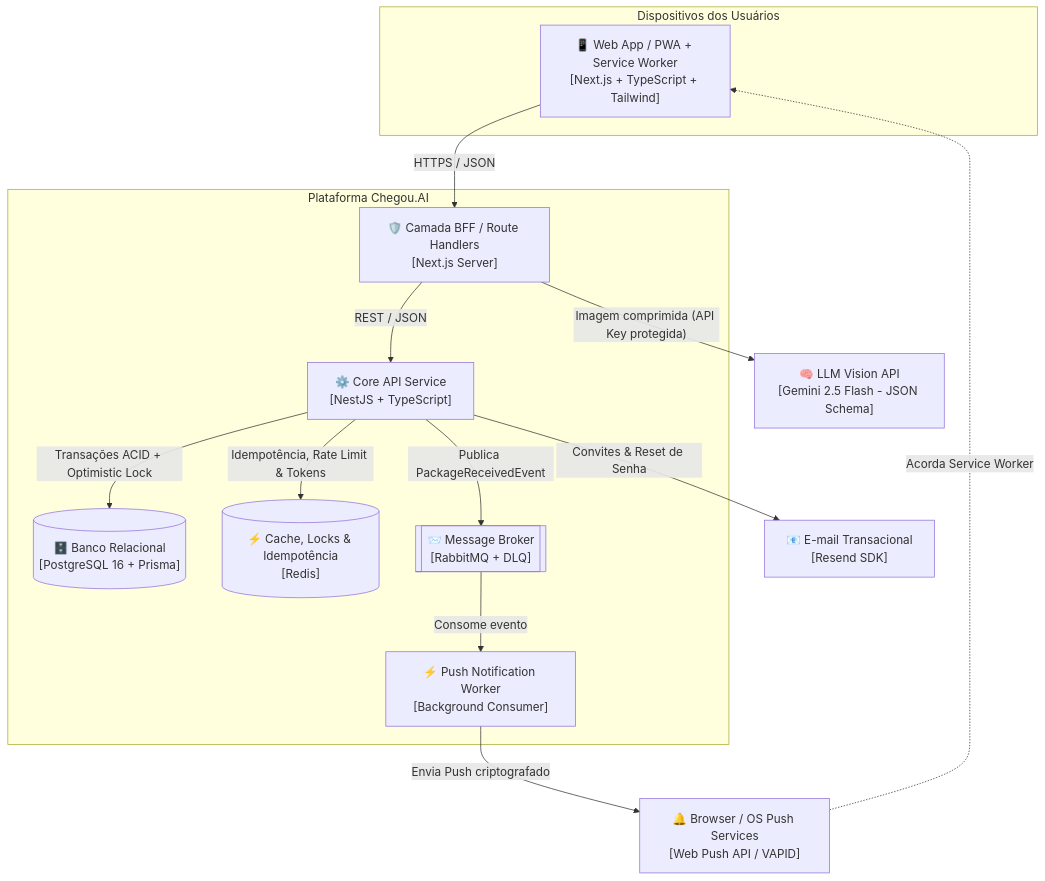
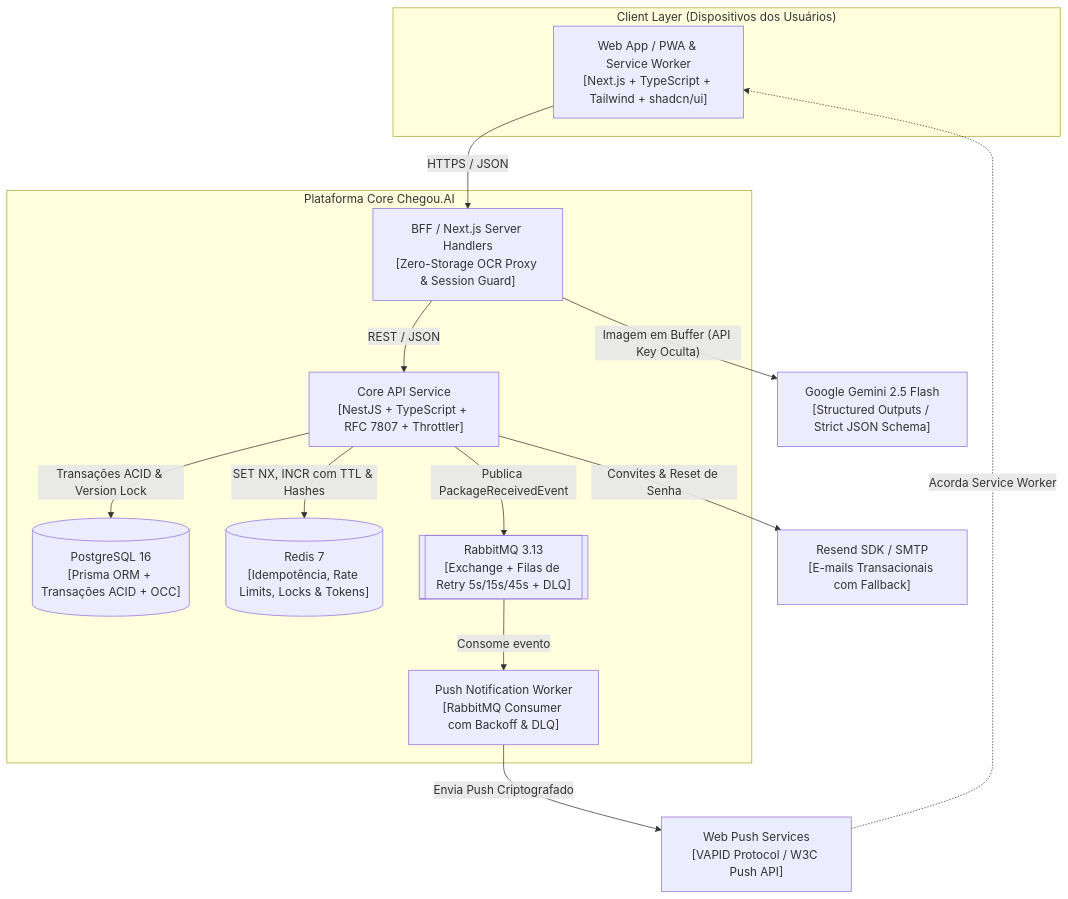
One commit to erosMariano/chegou_ai changed the diagram in README.md. Above: the diagram before and after it, drawn with Mermaid. The commit also changed other lines of this file, not shown here.

Commit message:
docs: update README with architecture, security, and project status badges

````diff
--- a/README.md
+++ b/README.md
@@ -20,33 +49,33 @@
 ```mermaid
 flowchart TB
-    subgraph Client ["Dispositivos dos Usuários"]
-        PWA["📱 Web App / PWA + Service Worker\n[Next.js + TypeScript + Tailwind]"]
+    subgraph Client ["Client Layer (Dispositivos dos Usuários)"]
+        PWA["Web App / PWA & Service Worker\n[Next.js + TypeScript + Tailwind + shadcn/ui]"]
     end
 
-    subgraph BackendBoundary ["Plataforma Chegou.AI"]
-        BFF["🛡️ Camada BFF / Route Handlers\n[Next.js Server]"]
-        CoreAPI["⚙️ Core API Service\n[NestJS + TypeScript]"]
-        Worker["⚡ Push Notification Worker\n[Background Consumer]"]
+    subgraph BackendBoundary ["Plataforma Core Chegou.AI"]
+        BFF["BFF / Next.js Server Handlers\n[Zero-Storage OCR Proxy & Session Guard]"]
+        CoreAPI["Core API Service\n[NestJS + TypeScript + RFC 7807 + Throttler]"]
+        Worker["Push Notification Worker\n[RabbitMQ Consumer com Backoff & DLQ]"]
         
-        DB[("🗄️ Banco Relacional\n[PostgreSQL 16 + Prisma]")]
-        Cache[("⚡ Cache, Locks & Idempotência\n[Redis]")]
-        Broker[["📨 Message Broker\n[RabbitMQ + DLQ]"]]
+        DB[("PostgreSQL 16\n[Prisma ORM + Transações ACID + OCC]")]
+        Cache[("Redis 7\n[Idempotência, Rate Limits, Locks & Tokens]")]
+        Broker[["RabbitMQ 3.13\n[Exchange + Filas de Retry 5s/15s/45s + DLQ]"]]
     end
 
-    AI["🧠 LLM Vision API\n[Gemini 2.5 Flash - JSON Schema]"]
-    PushGateway["🔔 Browser / OS Push Services\n[Web Push API / VAPID]"]
-    MailGateway["📧 E-mail Transacional\n[Resend SDK]"]
+    AI["Google Gemini 2.5 Flash\n[Structured Outputs / Strict JSON Schema]"]
+    PushGateway["Web Push Services\n[VAPID Protocol / W3C Push API]"]
+    MailGateway["Resend SDK / SMTP\n[E-mails Transacionais com Fallback]"]
 
     PWA -->|"HTTPS / JSON"| BFF
-    BFF -->|"Imagem comprimida (API Key protegida)"| AI
+    BFF -->|"Imagem em Buffer (API Key Oculta)"| AI
     BFF -->|"REST / JSON"| CoreAPI
 
-    CoreAPI -->|"Transações ACID + Optimistic Lock"| DB
-    CoreAPI -->|"Idempotência, Rate Limit & Tokens"| Cache
+    CoreAPI -->|"Transações ACID & Version Lock"| DB
+    CoreAPI -->|"SET NX, INCR com TTL & Hashes"| Cache
     CoreAPI -->|"Publica PackageReceivedEvent"| Broker
     CoreAPI -->|"Convites & Reset de Senha"| MailGateway
 
     Broker -->|"Consome evento"| Worker
-    Worker -->|"Envia Push criptografado"| PushGateway
+    Worker -->|"Envia Push Criptografado"| PushGateway
     PushGateway -.->|"Acorda Service Worker"| PWA
 ```
````
